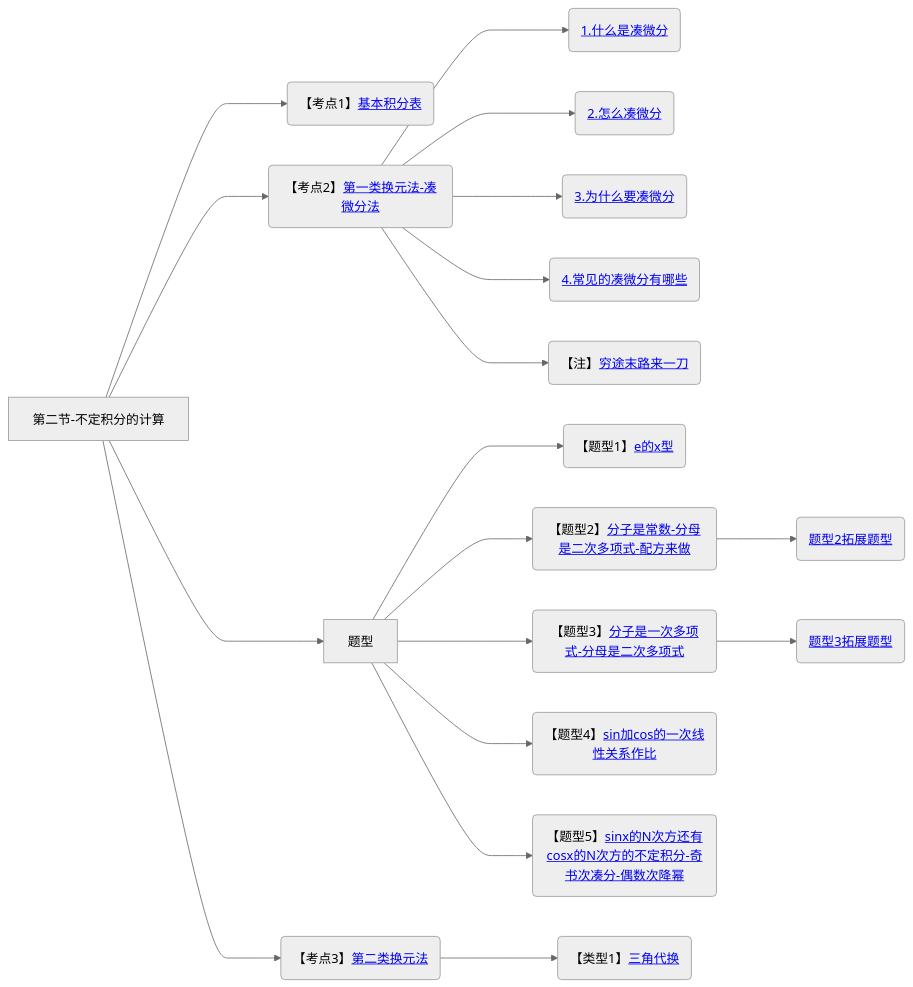
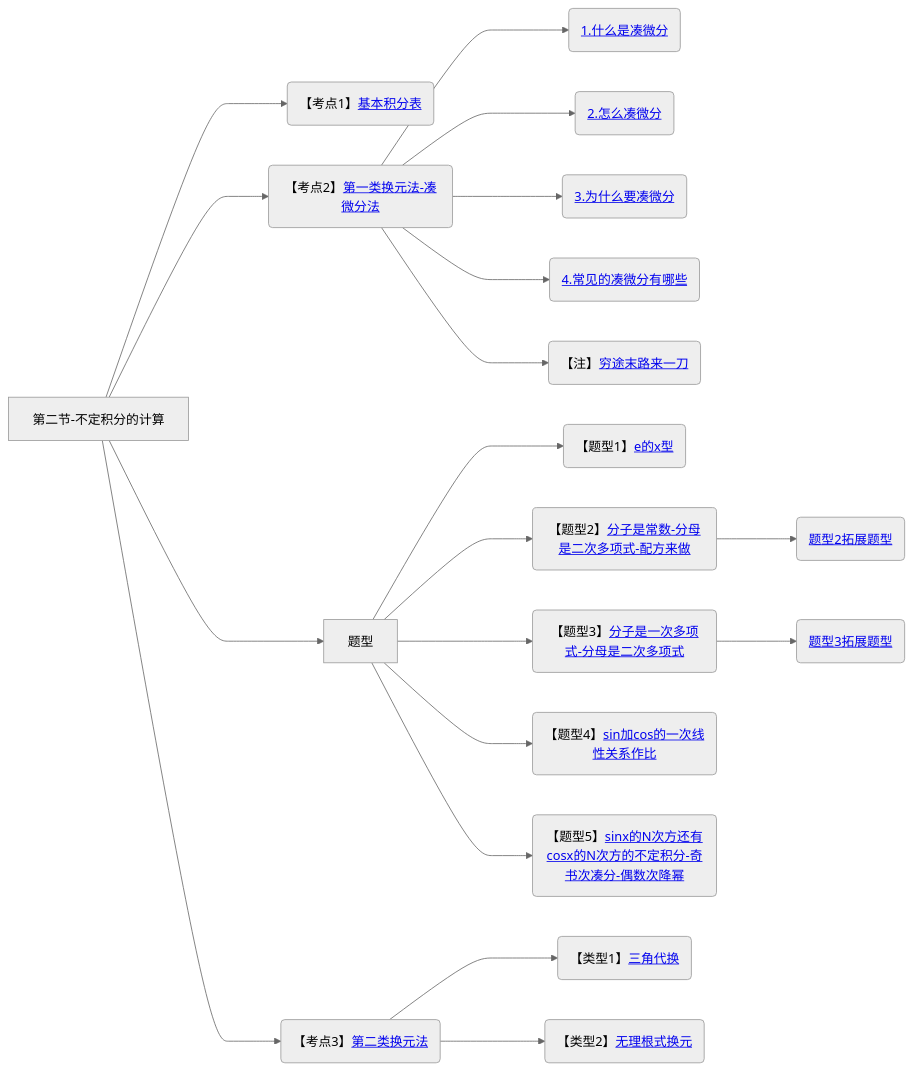
Diagram 18 of 18 in 笔记/数学/周洋鑫/01.基础班思维导图.md (yuebinghui/note), drawn with Mermaid (neutral theme) before and after one commit. The commit also changed 8 other files, not shown here.

````diff
--- a/笔记/数学/周洋鑫/01.基础班思维导图.md
+++ b/笔记/数学/周洋鑫/01.基础班思维导图.md
@@ -625,26 +625,27 @@
 ```mermaid
 graph LR
 第二节-不定积分的计算
 
 第二节-不定积分的计算--->基本积分表(【考点1】<a href="/Users/yuebinghui/Documents/program/github/note/笔记/数学/周洋鑫/基础班/18.不定积分_1.md#基本积分表">基本积分表</>)
 
 第二节-不定积分的计算--->第一类换元法-凑微分法(【考点2】<a href="/Users/yuebinghui/Documents/program/github/note/笔记/数学/周洋鑫/基础班/18.不定积分_1.md#第一类换元法-凑微分法">第一类换元法-凑微分法</>)
 第一类换元法-凑微分法--->1.什么是凑微分(<a href="/Users/yuebinghui/Documents/program/github/note/笔记/数学/周洋鑫/基础班/18.不定积分_1.md#1.什么是凑微分">1.什么是凑微分</>)
 第一类换元法-凑微分法--->2.怎么凑微分(<a href="/Users/yuebinghui/Documents/program/github/note/笔记/数学/周洋鑫/基础班/18.不定积分_1.md#2.怎么凑微分">2.怎么凑微分</>)
 第一类换元法-凑微分法--->3.为什么要凑微分(<a href="/Users/yuebinghui/Documents/program/github/note/笔记/数学/周洋鑫/基础班/18.不定积分_1.md#3.为什么要凑微分">3.为什么要凑微分</>)
 第一类换元法-凑微分法--->4.常见的凑微分有哪些(<a href="/Users/yuebinghui/Documents/program/github/note/笔记/数学/周洋鑫/基础班/18.不定积分_1.md#4.常见的凑微分有哪些">4.常见的凑微分有哪些</>)
 第一类换元法-凑微分法--->穷途末路来一刀(【注】<a href="/Users/yuebinghui/Documents/program/github/note/笔记/数学/周洋鑫/基础班/18.不定积分_1.md#穷途末路来一刀">穷途末路来一刀</>)
 
 第二节-不定积分的计算--->题型
 题型--->e的x型(【题型1】<a href="/Users/yuebinghui/Documents/program/github/note/笔记/数学/周洋鑫/基础班/18.不定积分_1.md#e的x型">e的x型</>)
 题型--->分子是常数-分母是二次多项式-配方来做(【题型2】<a href="/Users/yuebinghui/Documents/program/github/note/笔记/数学/周洋鑫/基础班/19.不定积分_2.md#分子是常数-分母是二次多项式-配方来做">分子是常数-分母是二次多项式-配方来做</>)
 分子是常数-分母是二次多项式-配方来做--->题型2拓展题型(<a href="/Users/yuebinghui/Documents/program/github/note/笔记/数学/周洋鑫/基础班/19.不定积分_2.md#题型2拓展题型">题型2拓展题型</>)
 题型--->分子是一次多项式-分母是二次多项式(【题型3】<a href="/Users/yuebinghui/Documents/program/github/note/笔记/数学/周洋鑫/基础班/19.不定积分_2.md#分子是一次多项式-分母是二次多项式">分子是一次多项式-分母是二次多项式</>)
 分子是一次多项式-分母是二次多项式--->题型3拓展题型(<a href="/Users/yuebinghui/Documents/program/github/note/笔记/数学/周洋鑫/基础班/19.不定积分_2.md#题型3拓展题型">题型3拓展题型</>)
 题型--->sin加cos的一次线性关系作比(【题型4】<a href="/Users/yuebinghui/Documents/program/github/note/笔记/数学/周洋鑫/基础班/19.不定积分_2.md#sin加cos的一次线性关系作比">sin加cos的一次线性关系作比</>)
 题型--->sinx的N次方还有cosx的N次方的不定积分-奇书次凑分-偶数次降幂(【题型5】<a href="/Users/yuebinghui/Documents/program/github/note/笔记/数学/周洋鑫/基础班/19.不定积分_2.md#sinx的N次方还有cosx的N次方的不定积分-奇书次凑分-偶数次降幂">sinx的N次方还有cosx的N次方的不定积分-奇书次凑分-偶数次降幂</>)
 
 第二节-不定积分的计算--->第二类换元法(【考点3】<a href="/Users/yuebinghui/Documents/program/github/note/笔记/数学/周洋鑫/基础班/19.不定积分_2.md#第二类换元法">第二类换元法</>)
 第二类换元法--->三角代换(【类型1】<a href="/Users/yuebinghui/Documents/program/github/note/笔记/数学/周洋鑫/基础班/19.不定积分_2.md#三角代换">三角代换</>)
+第二类换元法--->无理根式换元(【类型2】<a href="/Users/yuebinghui/Documents/program/github/note/笔记/数学/周洋鑫/基础班/19.不定积分_2.md#无理根式换元">无理根式换元</>)
 
 ```
````
